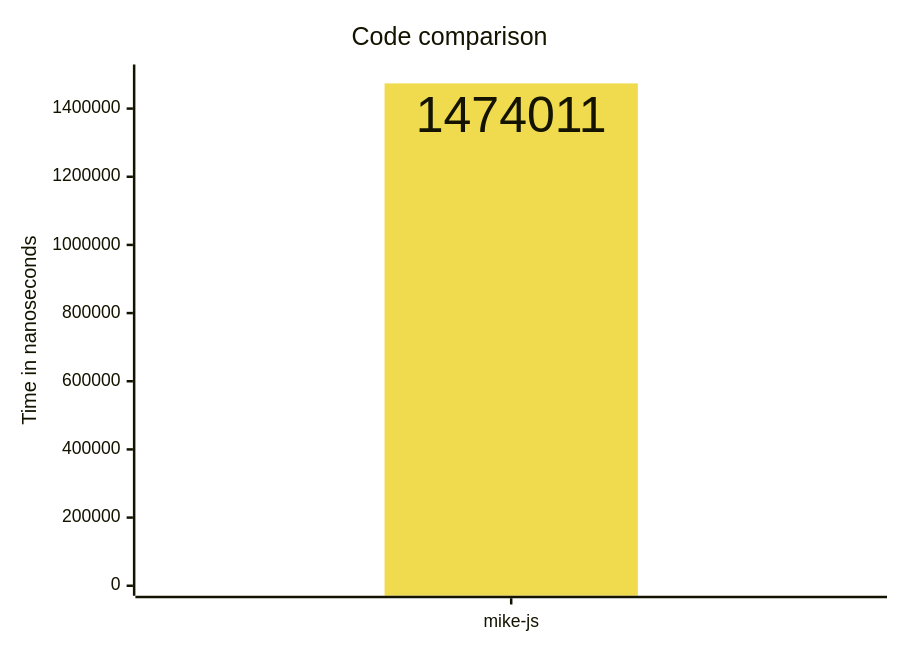
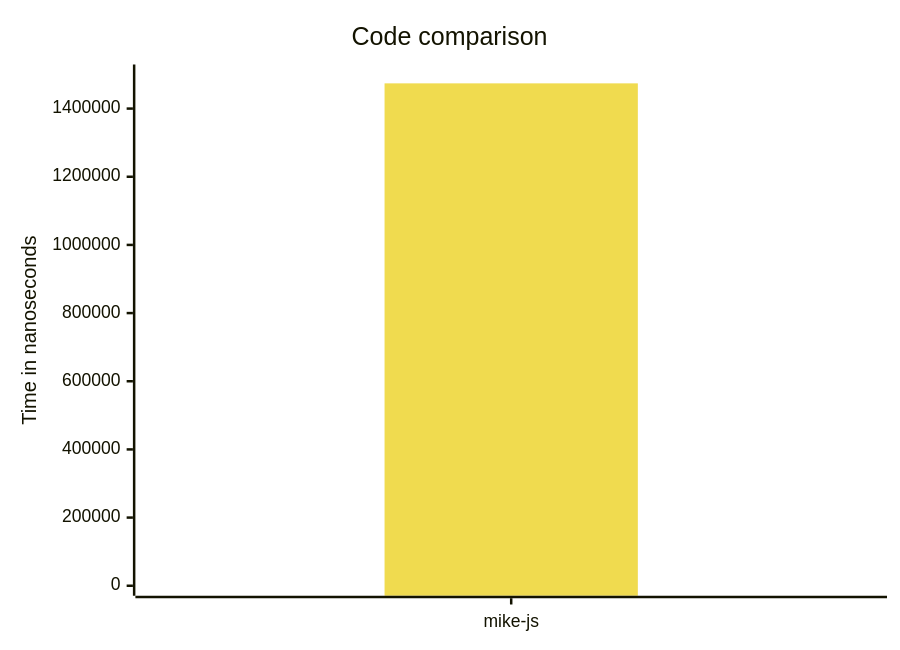
One commit to chris-heathwood/js-faster-than-rust changed the first of 2 diagrams in README.md. Above: the diagram before and after it, drawn with Mermaid. The commit also changed other lines of this file, not shown here.

Commit message:
Remove the data label

````diff
--- a/README.md
+++ b/README.md
@@ -9,15 +9,13 @@
 ```mermaid
 ---
 config:
-    xyChart:
-        showDataLabel: true
     themeVariables:
         xyChart:
             plotColorPalette: "#F0DB4F"
 ---
 xychart-beta
     title "Code comparison"
     x-axis [mike-js]
     y-axis "Time in nanoseconds" 0 --> 1500000
     bar [1474011]
 ```
````
